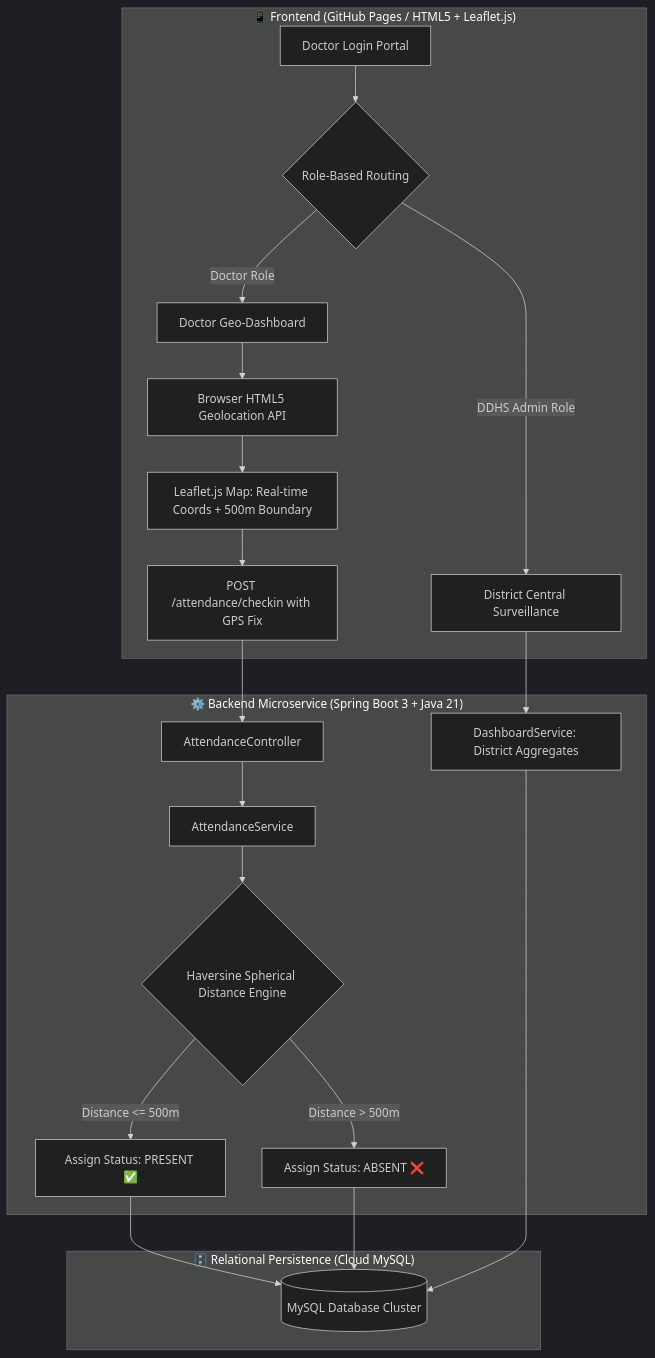
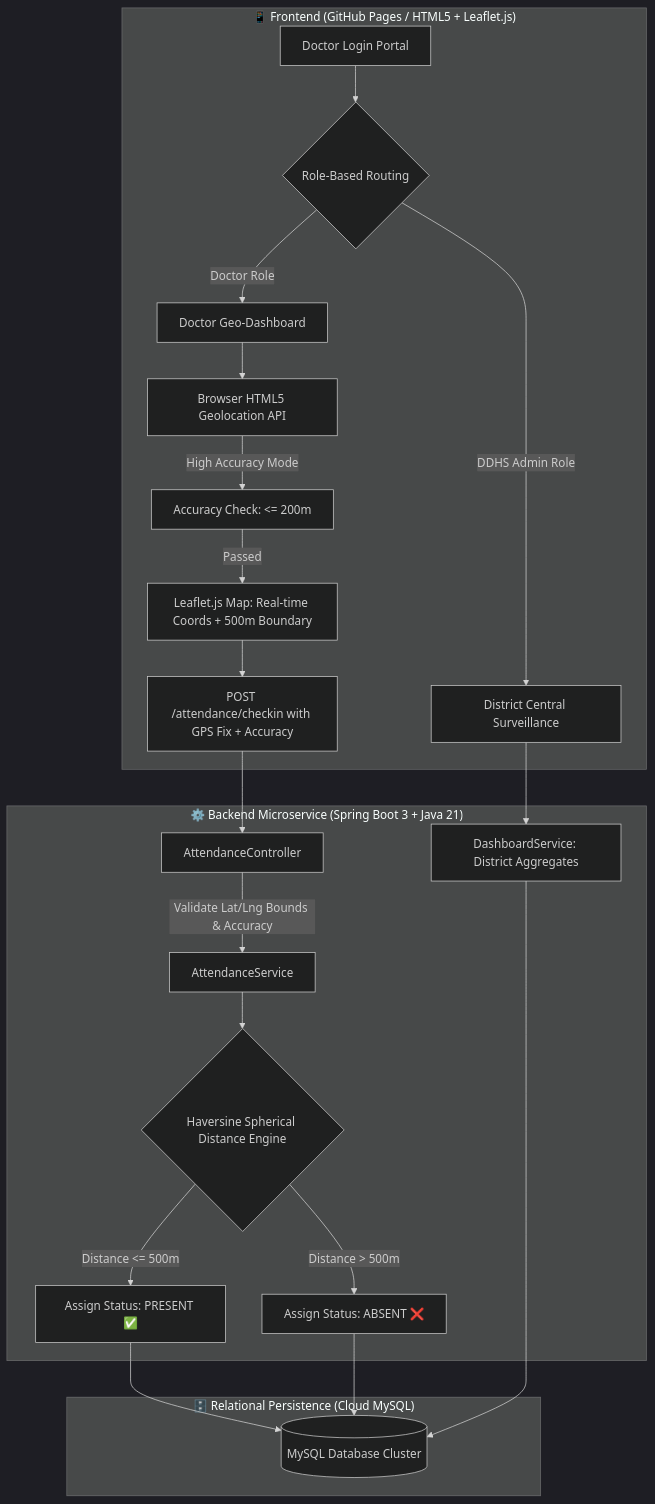
The first of 2 diagrams in README.md (ranjithbrs/phc-doctor-attendance-system), drawn with Mermaid (dark theme) before and after one commit. The commit also changed other lines of this file, not shown here.

Commit message:
docs: Update README.md with GPS Location Validation, accuracy thresholds, and JUnit test results

````diff
--- a/README.md
+++ b/README.md
@@ -41,27 +43,28 @@
 ```mermaid
 flowchart TD
     subgraph Client["📱 Frontend (GitHub Pages / HTML5 + Leaflet.js)"]
         A[Doctor Login Portal] --> B{Role-Based Routing}
         B -->|Doctor Role| C[Doctor Geo-Dashboard]
         B -->|DDHS Admin Role| D[District Central Surveillance]
         
         C --> E[Browser HTML5 Geolocation API]
-        E --> F[Leaflet.js Map: Real-time Coords + 500m Boundary]
-        F --> G[POST /attendance/checkin with GPS Fix]
+        E -->|High Accuracy Mode| F[Accuracy Check: <= 200m]
+        F -->|Passed| G[Leaflet.js Map: Real-time Coords + 500m Boundary]
+        G --> H[POST /attendance/checkin with GPS Fix + Accuracy]
     end
 
     subgraph Backend["⚙️ Backend Microservice (Spring Boot 3 + Java 21)"]
-        G --> H[AttendanceController]
-        H --> I[AttendanceService]
-        I --> J{Haversine Spherical Distance Engine}
-        J -->|Distance <= 500m| K[Assign Status: PRESENT ✅]
-        J -->|Distance > 500m| L[Assign Status: ABSENT ❌]
+        H --> I[AttendanceController]
+        I -->|Validate Lat/Lng Bounds & Accuracy| J[AttendanceService]
+        J --> K{Haversine Spherical Distance Engine}
+        K -->|Distance <= 500m| L[Assign Status: PRESENT ✅]
+        K -->|Distance > 500m| M[Assign Status: ABSENT ❌]
         D --> N[DashboardService: District Aggregates]
     end
 
     subgraph Database["🗄️ Relational Persistence (Cloud MySQL)"]
-        K --> M[(MySQL Database Cluster)]
-        L --> M
-        N --> M
+        L --> O[(MySQL Database Cluster)]
+        M --> O
+        N --> O
     end
 ```
````
